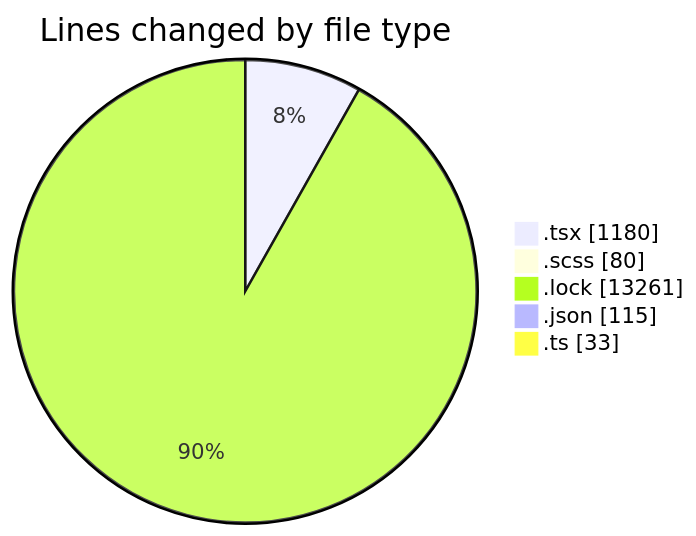
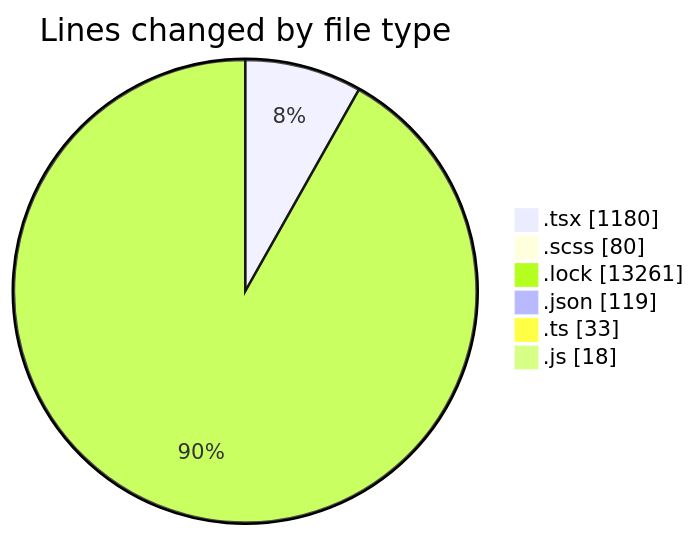
One commit to momahboobian/code-tracking changed the first of 2 diagrams in 2025-05-06/cda/README.md. Above: the diagram before and after it, drawn with Mermaid. The commit also changed other lines of this file and 1 other file, not shown here.

````diff
--- a/2025-05-06/cda/README.md
+++ b/2025-05-06/cda/README.md
@@ -34,9 +35,10 @@
 ```mermaid
 pie showData
 title Lines changed by file type
 ".tsx" : 1180
 ".scss" : 80
 ".lock" : 13261
-".json" : 115
+".json" : 119
 ".ts" : 33
+".js" : 18
 ```
````
